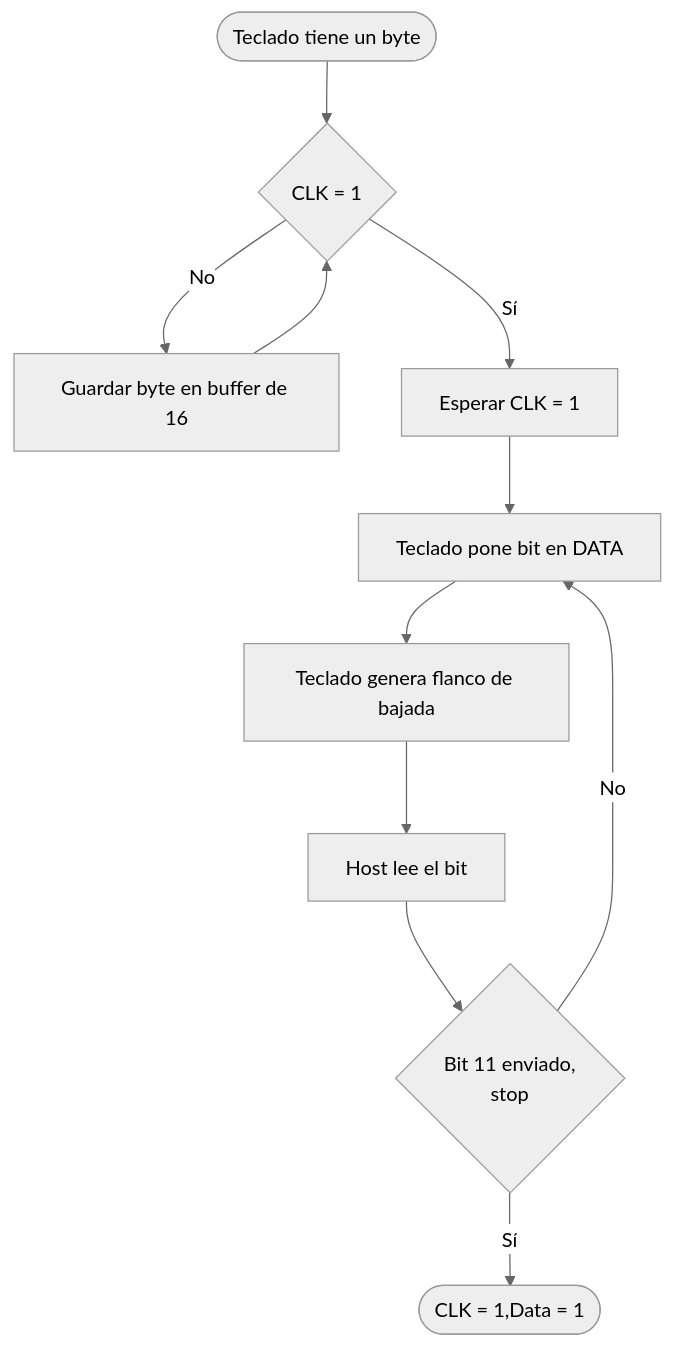
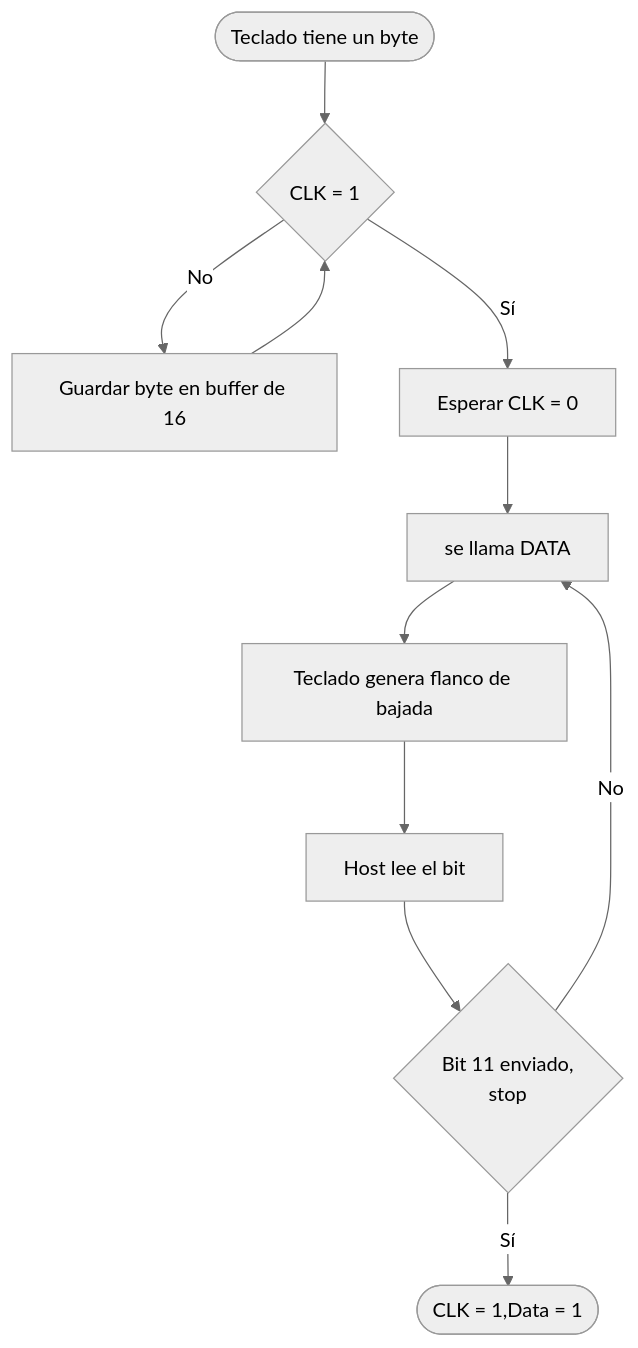
One commit to KUBIX2026/PS2_keyboard changed the first of 2 diagrams in PS2_Keyboard/diagramas/Diagramas.md. Above: the diagram before and after it, drawn with Mermaid (neutral theme).

````diff
--- a/PS2_Keyboard/diagramas/Diagramas.md
+++ b/PS2_Keyboard/diagramas/Diagramas.md
@@ -3,13 +3,13 @@
 ```mermaid
 flowchart
     A([Teclado tiene un byte]) --> B{CLK = 1}
     B -- No --> C[Guardar byte en buffer de 16]
     C --> B
-    B -- Sí --> D[Esperar CLK = 1]
-    D --> E[Teclado pone bit en DATA]
+    B -- Sí --> D[Esperar CLK = 0]
+    D --> E[se llama DATA]
     E --> F[Teclado genera flanco de bajada]
     F --> G[Host lee el bit]
     G --> H{Bit 11 enviado,<br/>stop}
     H -- No --> E
     H -- Sí --> I([CLK = 1,Data = 1])
 ```
````
